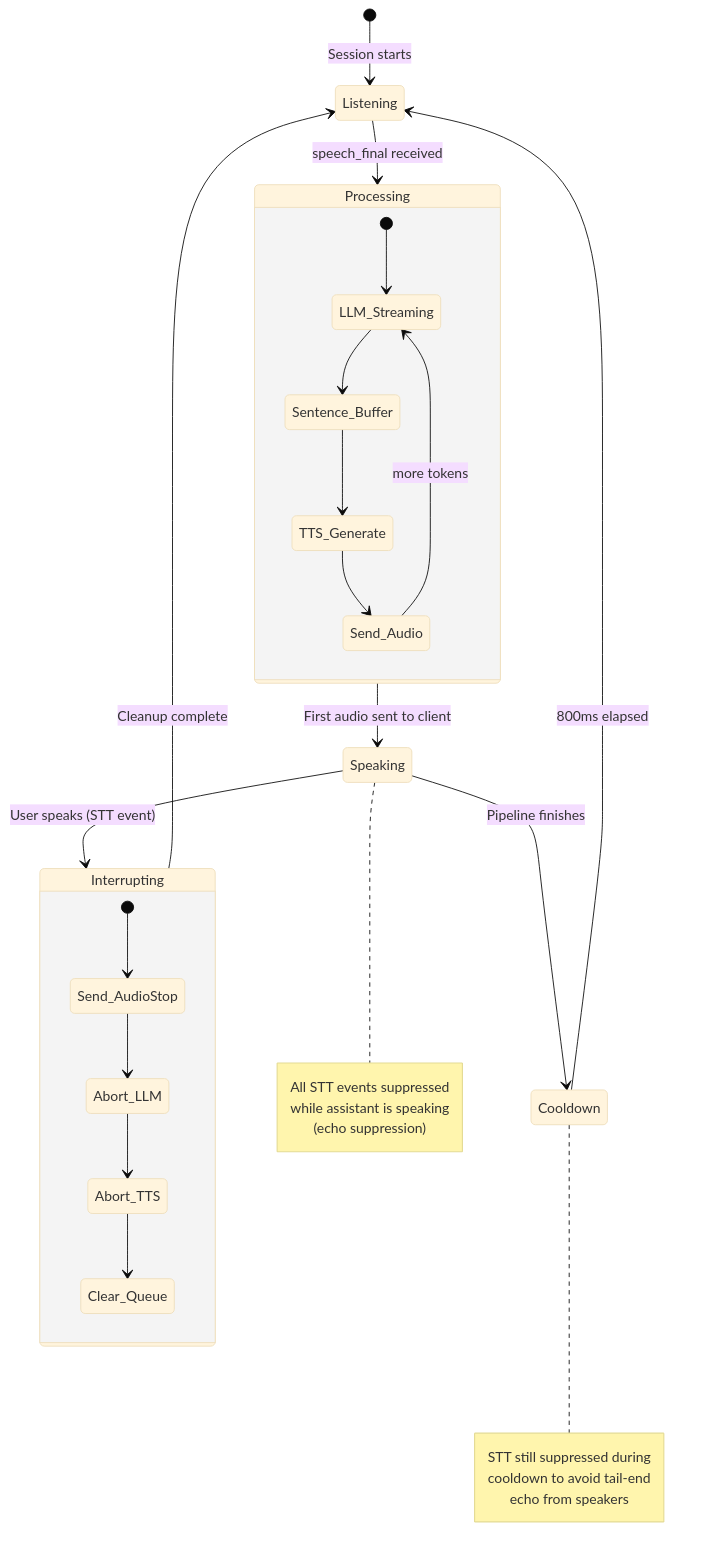
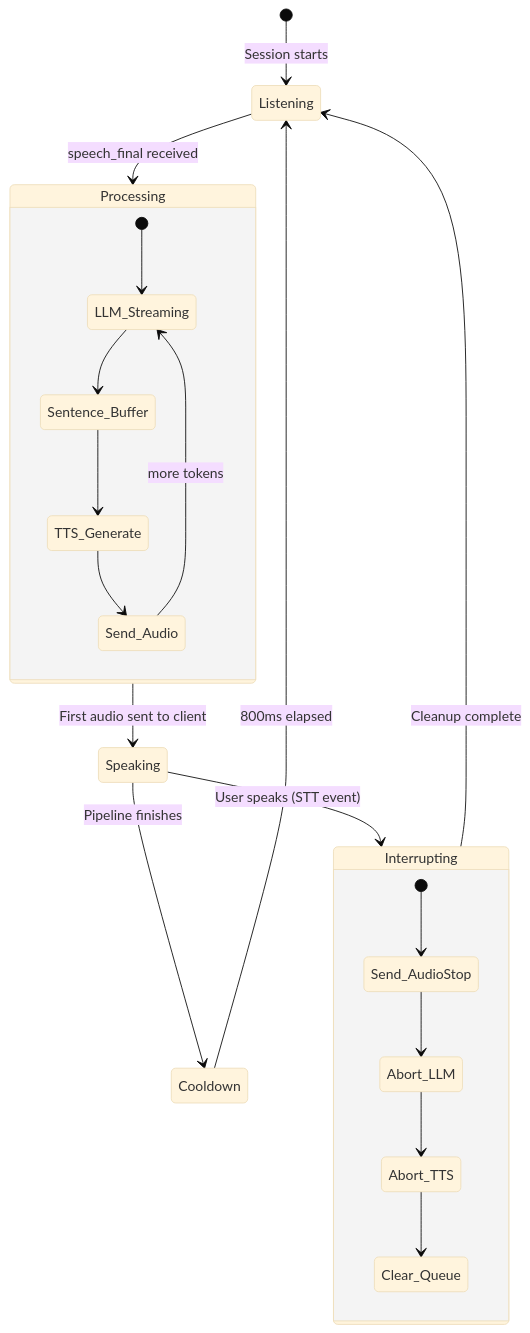
The fifth of 9 diagrams in docs/src/architecture.md (xettri/voicex), drawn with Mermaid (base theme) before and after one commit. The commit also changed other lines of this file and 48 other files, not shown here.

````diff
--- a/docs/src/architecture.md
+++ b/docs/src/architecture.md
@@ -140,39 +262,27 @@
 ```mermaid
 stateDiagram-v2
     [*] --> Listening: Session starts
 
     Listening --> Processing: speech_final received
     Processing --> Speaking: First audio sent to client
     Speaking --> Interrupting: User speaks (STT event)
     Interrupting --> Listening: Cleanup complete
 
     Speaking --> Cooldown: Pipeline finishes
     Cooldown --> Listening: 800ms elapsed
 
     state Processing {
         [*] --> LLM_Streaming
         LLM_Streaming --> Sentence_Buffer
         Sentence_Buffer --> TTS_Generate
         TTS_Generate --> Send_Audio
         Send_Audio --> LLM_Streaming: more tokens
     }
 
     state Interrupting {
         [*] --> Send_AudioStop
         Send_AudioStop --> Abort_LLM
         Abort_LLM --> Abort_TTS
         Abort_TTS --> Clear_Queue
     }
-
-    note right of Speaking
-        All STT events suppressed
-        while assistant is speaking
-        (echo suppression)
-    end note
-
-    note right of Cooldown
-        STT still suppressed during
-        cooldown to avoid tail-end
-        echo from speakers
-    end note
 ```
````
